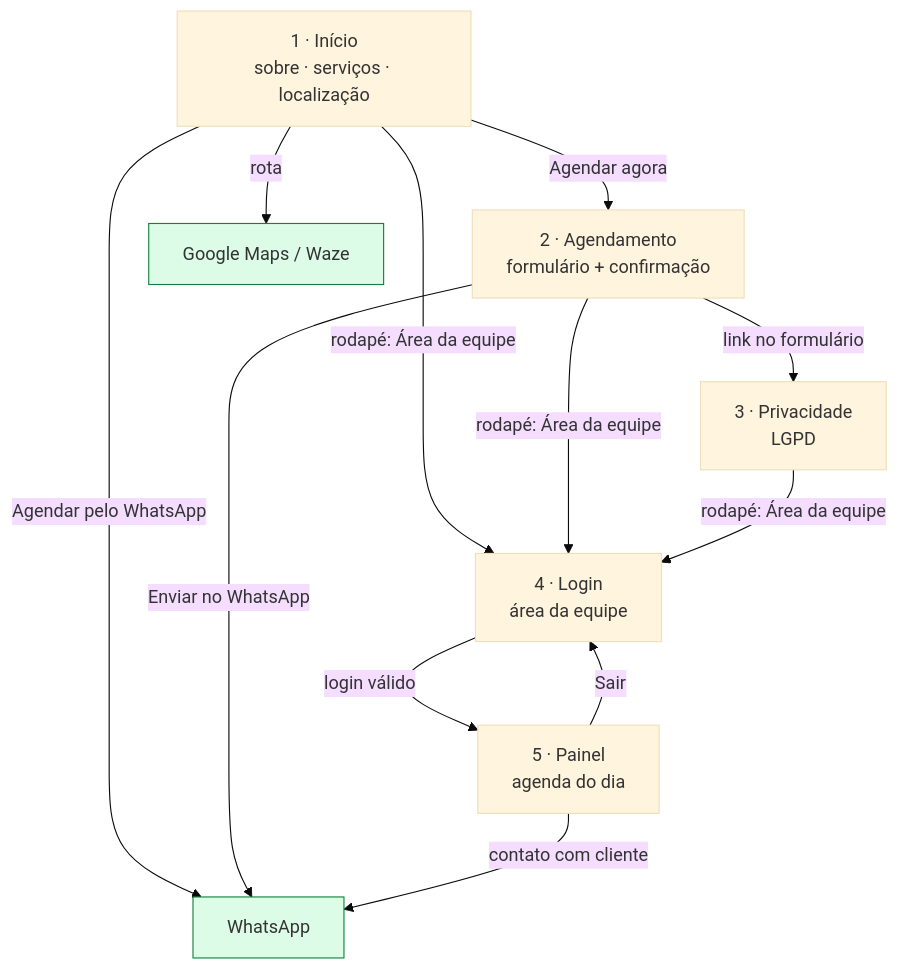
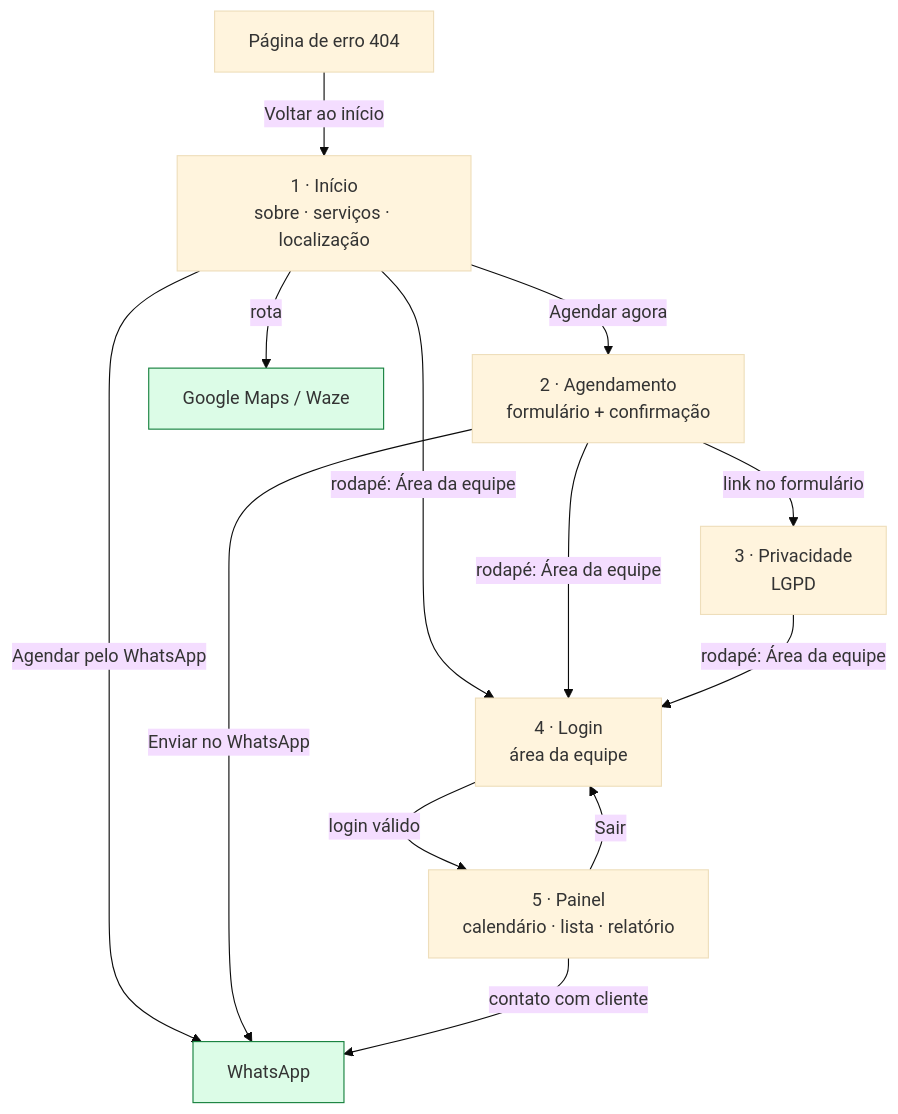
The diagram in docs/diagramas/fonte/10-navegacao.mmd (GustavoResendeDev/V2.AtividadeEscolar), drawn with Mermaid (base theme) before and after one commit. The commit also changed 69 other files, not shown here.

```diff
--- a/docs/diagramas/fonte/10-navegacao.mmd
+++ b/docs/diagramas/fonte/10-navegacao.mmd
@@ -1,18 +1,20 @@
 flowchart TB
   I["1 · Início<br/>sobre · serviços · localização"]
   A["2 · Agendamento<br/>formulário + confirmação"]
   P["3 · Privacidade<br/>LGPD"]
   L["4 · Login<br/>área da equipe"]
-  K["5 · Painel<br/>agenda do dia"]
+  K["5 · Painel<br/>calendário · lista · relatório"]
+  E["Página de erro 404"]
   W["WhatsApp"]:::ext
   M["Google Maps / Waze"]:::ext
   I -- "Agendar agora" --> A
   I -- "Agendar pelo WhatsApp" --> W
   I -- "rota" --> M
   A -- "Enviar no WhatsApp" --> W
   A -- "link no formulário" --> P
   I & A & P -- "rodapé: Área da equipe" --> L
   L -- "login válido" --> K
   K -- "Sair" --> L
+  E -- "Voltar ao início" --> I
   K -- "contato com cliente" --> W
   classDef ext fill:#dcfce7,stroke:#15803d
```
